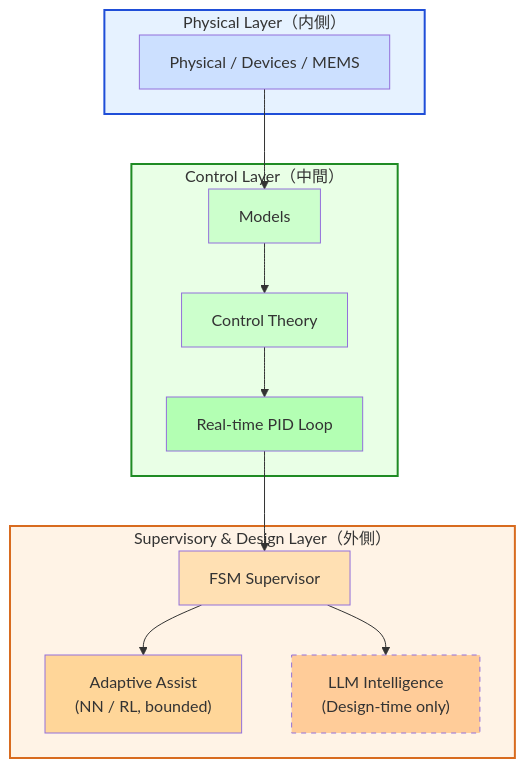
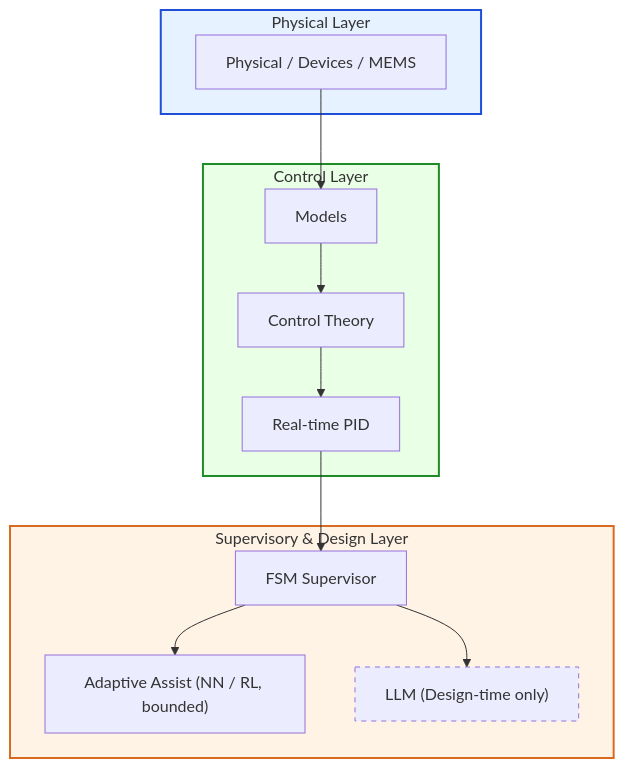
The diagram in portal/index.md (Samizo-AITL/Samizo-AITL.github.io), drawn with Mermaid before and after one commit. The commit also changed other lines of this file, not shown here.

````diff
--- a/portal/index.md
+++ b/portal/index.md
@@ -96,40 +58,33 @@
 ```mermaid
 flowchart TB
   %% ===== Physical Layer =====
-  subgraph PL["Physical Layer（内側）"]
+  subgraph PL["Physical Layer"]
     P["Physical / Devices / MEMS"]
   end
 
   %% ===== Control Layer =====
-  subgraph CL["Control Layer（中間）"]
+  subgraph CL["Control Layer"]
     M["Models"]
     C["Control Theory"]
-    R["Real-time PID Loop"]
+    R["Real-time PID"]
   end
 
   %% ===== Supervisory & Design Layer =====
-  subgraph SL["Supervisory & Design Layer（外側）"]
+  subgraph SL["Supervisory & Design Layer"]
     S["FSM Supervisor"]
-    A["Adaptive Assist<br/>(NN / RL, bounded)"]
-    I["LLM Intelligence<br/>(Design-time only)"]
+    A["Adaptive Assist (NN / RL, bounded)"]
+    I["LLM (Design-time only)"]
   end
 
   %% ===== Flow =====
   P --> M --> C --> R --> S
   S --> A
   S --> I
 
   %% ===== Style =====
   style PL fill:#e6f2ff,stroke:#1f4ed8,stroke-width:2px
   style CL fill:#e9ffe6,stroke:#1f8b24,stroke-width:2px
   style SL fill:#fff3e6,stroke:#d86b1f,stroke-width:2px
 
-  style P fill:#cce0ff
-  style M fill:#ccffcc
-  style C fill:#ccffcc
-  style R fill:#b3ffb3
-
-  style S fill:#ffe0b3
-  style A fill:#ffd699
-  style I fill:#ffcc99,stroke-dasharray:5 5
+  style I stroke-dasharray:5 5
 ```
````
